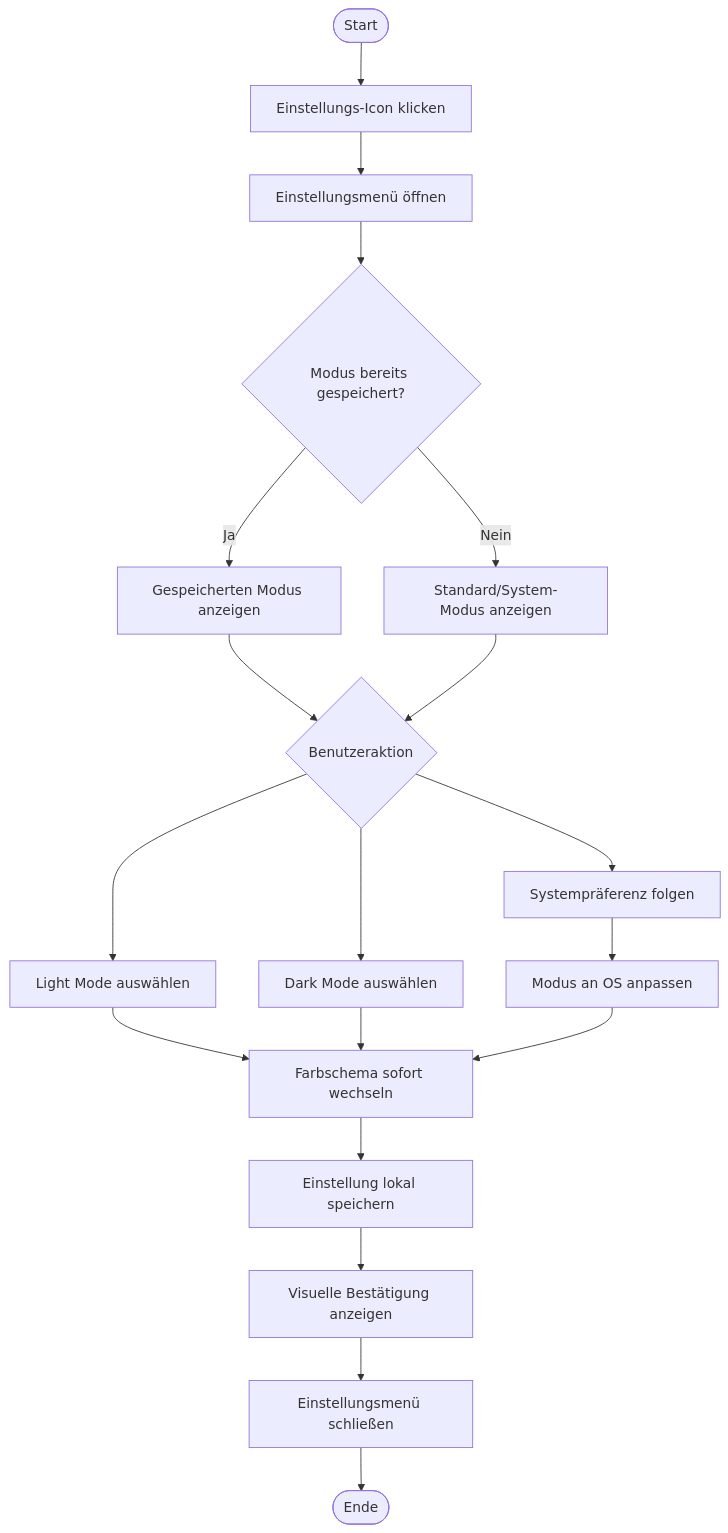
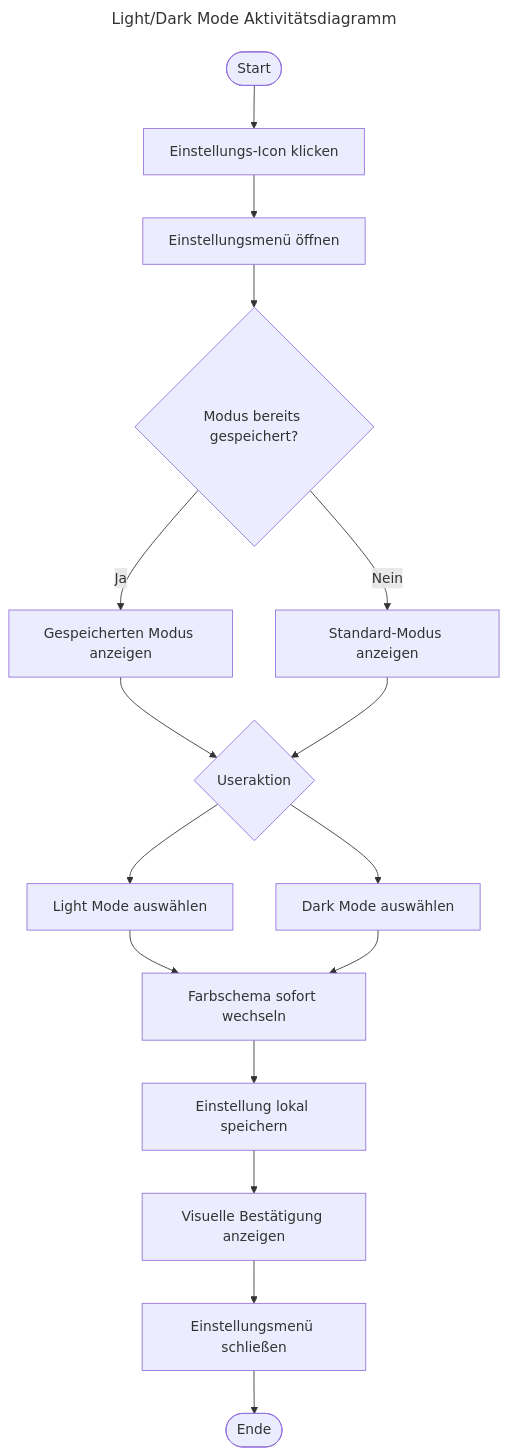
The second of 2 diagrams in srs/user_interface/light_dark_mode/light_dark_mode.md (Hexfields-Studio/HexfieldsDominion-Artefacts), drawn with Mermaid before and after one commit. The commit also changed other lines of this file and 17 other files, not shown here.

Commit message:
Updated Sequence Diagrams to use Mermaid, also reduced "abstractness"

````diff
--- a/srs/user_interface/light_dark_mode/light_dark_mode.md
+++ b/srs/user_interface/light_dark_mode/light_dark_mode.md
@@ -35,21 +88,21 @@
 ```mermaid
+---
+title: Light/Dark Mode Aktivitätsdiagramm
+---
 flowchart TD
     A([Start]) --> B[Einstellungs-Icon klicken]
     B --> C[Einstellungsmenü öffnen]
     C --> D{Modus bereits gespeichert?}
     D -- Ja --> E[Gespeicherten Modus anzeigen]
-    D -- Nein --> F[Standard/System-Modus anzeigen]
-    E --> G{Benutzeraktion}
+    D -- Nein --> F[Standard-Modus anzeigen]
+    E --> G{Useraktion}
     F --> G
     G --> H[Light Mode auswählen]
     G --> I[Dark Mode auswählen]
-    G --> J[Systempräferenz folgen]
     H --> K[Farbschema sofort wechseln]
     I --> K
-    J --> L[Modus an OS anpassen]
-    L --> K
     K --> M[Einstellung lokal speichern]
     M --> N[Visuelle Bestätigung anzeigen]
     N --> O[Einstellungsmenü schließen]
     O --> P([Ende])
 ```
````
